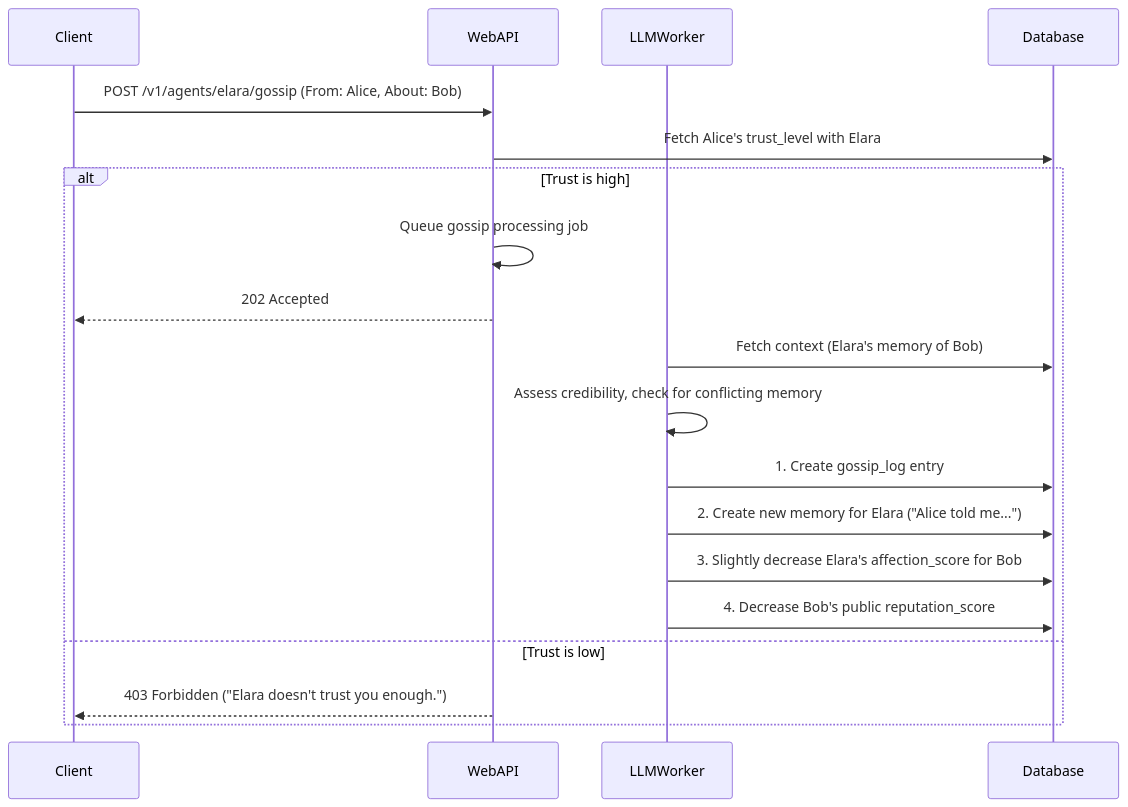
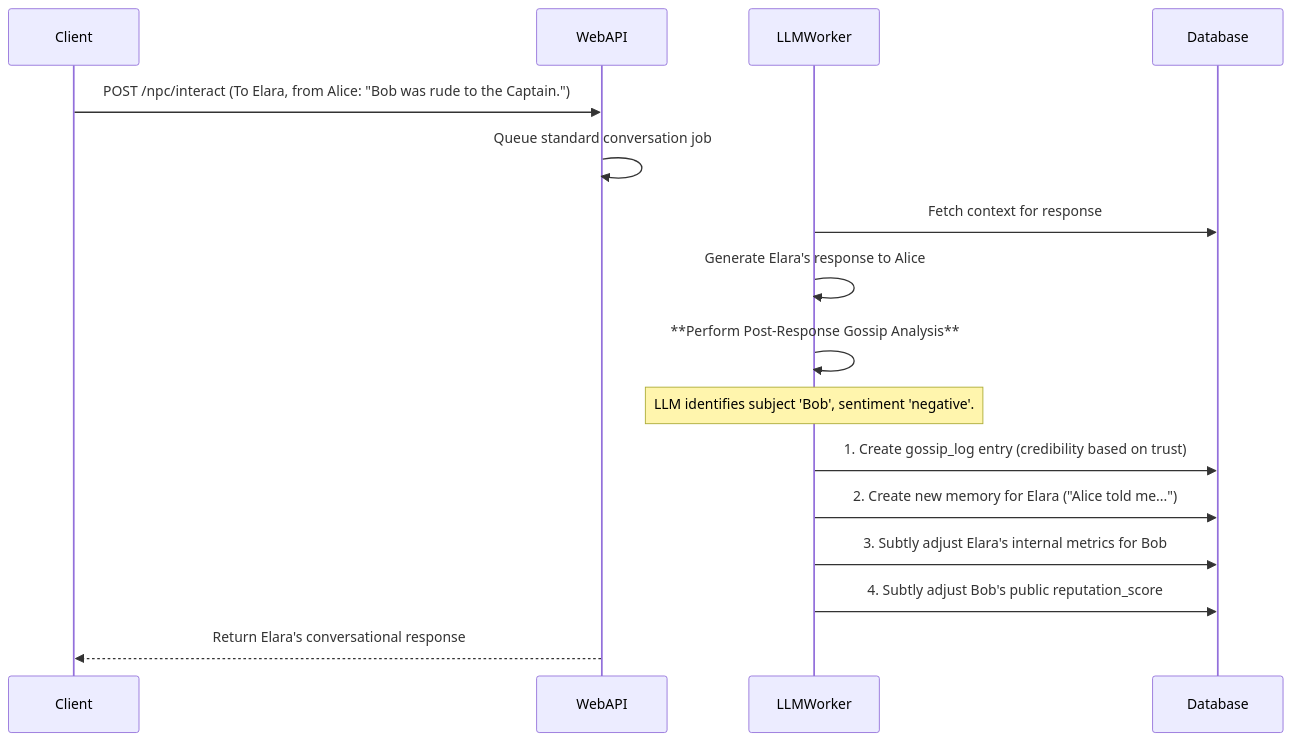
The first of 2 diagrams in RELATIONSHIP_SYSTEM_DESIGN_DOC.md (vhildebrand/HeartwoodRivals), drawn with Mermaid before and after one commit. The commit also changed other lines of this file and 1 other file, not shown here.

````diff
--- a/RELATIONSHIP_SYSTEM_DESIGN_DOC.md
+++ b/RELATIONSHIP_SYSTEM_DESIGN_DOC.md
@@ -163,22 +160,23 @@
 ```mermaid
 sequenceDiagram
     participant Client
     participant WebAPI
     participant LLMWorker
     participant Database
 
-    Client->>WebAPI: POST /v1/agents/elara/gossip (From: Alice, About: Bob)
-    WebAPI->>Database: Fetch Alice's trust_level with Elara
-    alt Trust is high
-        WebAPI->>WebAPI: Queue gossip processing job
-        WebAPI-->>Client: 202 Accepted
-        LLMWorker->>Database: Fetch context (Elara's memory of Bob)
-        LLMWorker->>LLMWorker: Assess credibility, check for conflicting memory
-        LLMWorker->>Database: 1. Create gossip_log entry
-        LLMWorker->>Database: 2. Create new memory for Elara ("Alice told me...")
-        LLMWorker->>Database: 3. Slightly decrease Elara's affection_score for Bob
-        LLMWorker->>Database: 4. Decrease Bob's public reputation_score
-    else Trust is low
-        WebAPI-->>Client: 403 Forbidden ("Elara doesn't trust you enough.")
-    end
+    Client->>WebAPI: POST /npc/interact (To Elara, from Alice: "Bob was rude to the Captain.")
+    WebAPI->>WebAPI: Queue standard conversation job
+    
+    LLMWorker->>Database: Fetch context for response
+    LLMWorker->>LLMWorker: Generate Elara's response to Alice
+    
+    LLMWorker->>LLMWorker: **Perform Post-Response Gossip Analysis**
+    Note over LLMWorker: LLM identifies subject 'Bob', sentiment 'negative'.
+    
+    LLMWorker->>Database: 1. Create gossip_log entry (credibility based on trust)
+    LLMWorker->>Database: 2. Create new memory for Elara ("Alice told me...")
+    LLMWorker->>Database: 3. Subtly adjust Elara's internal metrics for Bob
+    LLMWorker->>Database: 4. Subtly adjust Bob's public reputation_score
+    
+    WebAPI-->>Client: Return Elara's conversational response
 ```
````
